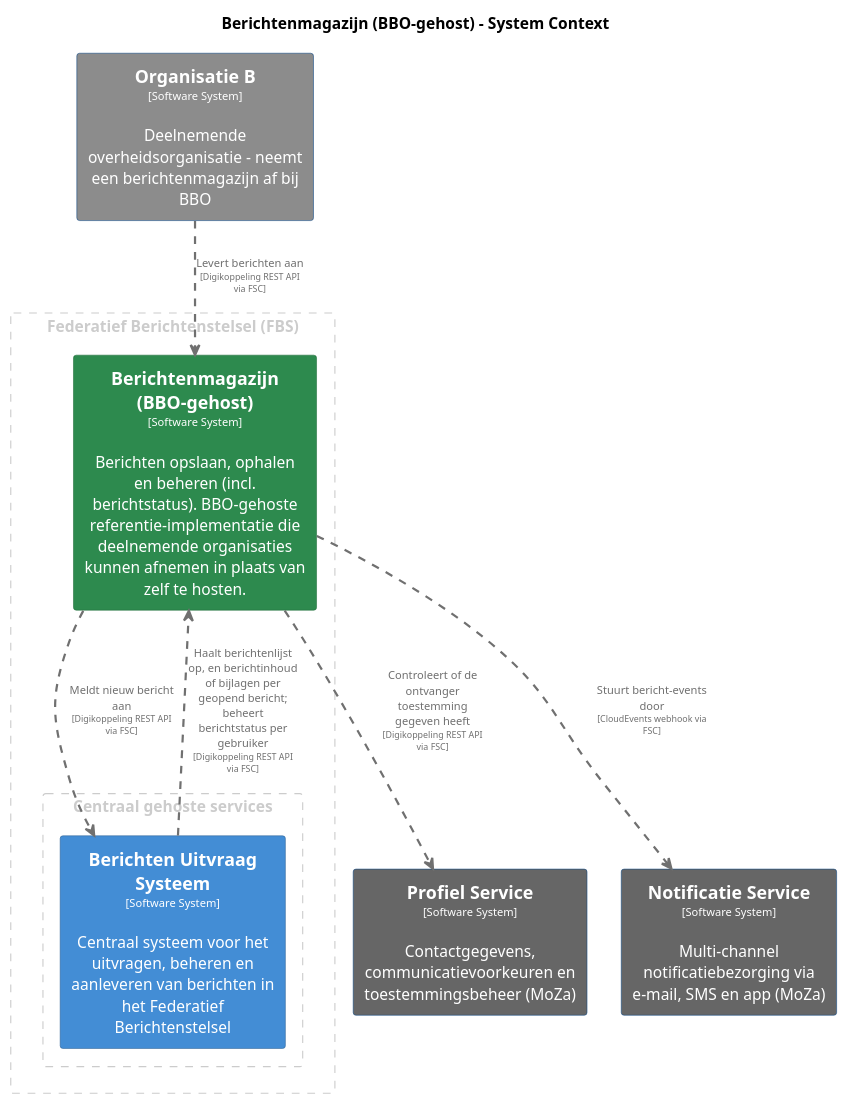
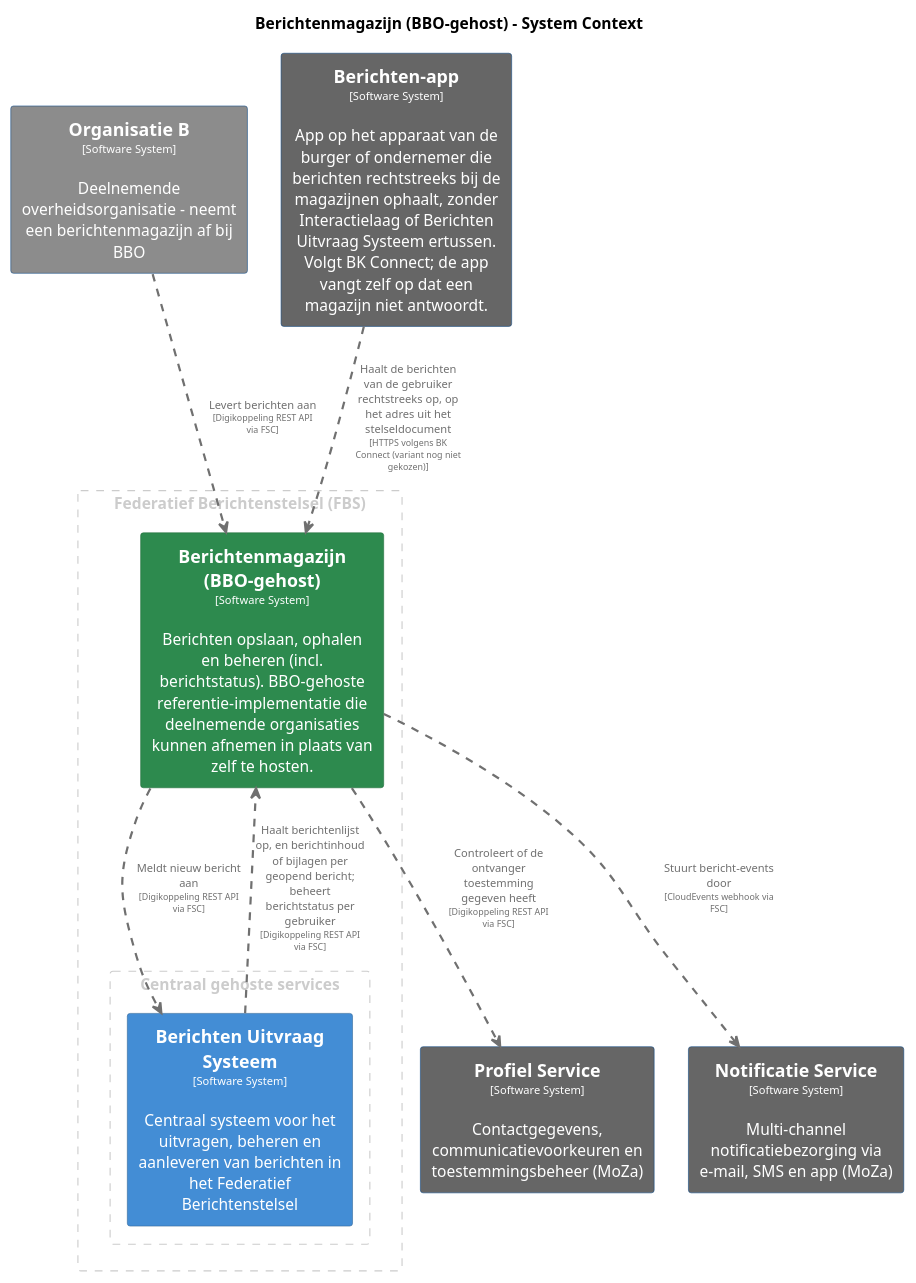
Before and after one commit to MinBZK/moza-poc-fbs-berichtenbox: the diagram in master/puml/Berichtenmagazijn.puml, drawn with PlantUML. The commit also changed 84 other files, not shown here.

```diff
--- a/master/puml/Berichtenmagazijn.puml
+++ b/master/puml/Berichtenmagazijn.puml
@@ -1,74 +1,82 @@
 @startuml
 set separator none
 title Berichtenmagazijn (BBO-gehost) - System Context
 
 top to bottom direction
 skinparam ranksep 60
 skinparam nodesep 30
 
 skinparam {
   arrowFontSize 10
   defaultTextAlignment center
   wrapWidth 200
   maxMessageSize 100
 }
 
 hide stereotype
 
 skinparam rectangle<<BerichtenUitvraagSysteem>> {
   BackgroundColor #438dd5
   FontColor #ffffff
   BorderColor #2e6295
+  shadowing false
+}
+skinparam rectangle<<Berichtenapp>> {
+  BackgroundColor #666666
+  FontColor #ffffff
+  BorderColor #0b4884
   shadowing false
 }
 skinparam rectangle<<BerichtenmagazijnBBOgehost>> {
   BackgroundColor #2d8a4e
   FontColor #ffffff
   BorderColor #1e6b38
   shadowing false
 }
 skinparam rectangle<<NotificatieService>> {
   BackgroundColor #666666
   FontColor #ffffff
   BorderColor #0b4884
   shadowing false
 }
 skinparam rectangle<<OrganisatieB>> {
   BackgroundColor #8c8c8c
   FontColor #ffffff
   BorderColor #0b4884
   shadowing false
 }
 skinparam rectangle<<ProfielService>> {
   BackgroundColor #666666
   FontColor #ffffff
   BorderColor #0b4884
   shadowing false
 }
 
 rectangle "Federatief Berichtenstelsel (FBS)" <<group1>> as group1 {
   skinparam RectangleBorderColor<<group1>> #cccccc
   skinparam RectangleFontColor<<group1>> #cccccc
   skinparam RectangleBorderStyle<<group1>> dashed
 
   rectangle "==Berichtenmagazijn (BBO-gehost)\n<size:10>[Software System]</size>\n\nBerichten opslaan, ophalen en beheren (incl. berichtstatus). BBO-gehoste referentie-implementatie die deelnemende organisaties kunnen afnemen in plaats van zelf te hosten." <<BerichtenmagazijnBBOgehost>> as BerichtenmagazijnBBOgehost
     rectangle "Centraal gehoste services" <<group2>> as group2 {
       skinparam RectangleBorderColor<<group2>> #cccccc
       skinparam RectangleFontColor<<group2>> #cccccc
       skinparam RectangleBorderStyle<<group2>> dashed
 
       rectangle "==Berichten Uitvraag Systeem\n<size:10>[Software System]</size>\n\nCentraal systeem voor het uitvragen, beheren en aanleveren van berichten in het Federatief Berichtenstelsel" <<BerichtenUitvraagSysteem>> as BerichtenUitvraagSysteem
     }
 
 }
 
 rectangle "==Organisatie B\n<size:10>[Software System]</size>\n\nDeelnemende overheidsorganisatie - neemt een berichtenmagazijn af bij BBO" <<OrganisatieB>> as OrganisatieB
 rectangle "==Profiel Service\n<size:10>[Software System]</size>\n\nContactgegevens, communicatievoorkeuren en toestemmingsbeheer (MoZa)" <<ProfielService>> as ProfielService
 rectangle "==Notificatie Service\n<size:10>[Software System]</size>\n\nMulti-channel notificatiebezorging via e-mail, SMS en app (MoZa)" <<NotificatieService>> as NotificatieService
+rectangle "==Berichten-app\n<size:10>[Software System]</size>\n\nApp op het apparaat van de burger of ondernemer die berichten rechtstreeks bij de magazijnen ophaalt, zonder Interactielaag of Berichten Uitvraag Systeem ertussen. Volgt BK Connect; de app vangt zelf op dat een magazijn niet antwoordt." <<Berichtenapp>> as Berichtenapp
 
+Berichtenapp .[#707070,thickness=2].> BerichtenmagazijnBBOgehost : "<color:#707070>Haalt de berichten van de gebruiker rechtstreeks op, op het adres uit het stelseldocument\n<color:#707070><size:8>[HTTPS volgens BK Connect (variant nog niet gekozen)]</size>"
 BerichtenUitvraagSysteem .[#707070,thickness=2].> BerichtenmagazijnBBOgehost : "<color:#707070>Haalt berichtenlijst op, en berichtinhoud of bijlagen per geopend bericht; beheert berichtstatus per gebruiker\n<color:#707070><size:8>[Digikoppeling REST API via FSC]</size>"
 BerichtenmagazijnBBOgehost .[#707070,thickness=2].> BerichtenUitvraagSysteem : "<color:#707070>Meldt nieuw bericht aan\n<color:#707070><size:8>[Digikoppeling REST API via FSC]</size>"
 BerichtenmagazijnBBOgehost .[#707070,thickness=2].> NotificatieService : "<color:#707070>Stuurt bericht-events door\n<color:#707070><size:8>[CloudEvents webhook via FSC]</size>"
 OrganisatieB .[#707070,thickness=2].> BerichtenmagazijnBBOgehost : "<color:#707070>Levert berichten aan\n<color:#707070><size:8>[Digikoppeling REST API via FSC]</size>"
 BerichtenmagazijnBBOgehost .[#707070,thickness=2].> ProfielService : "<color:#707070>Controleert of de ontvanger toestemming gegeven heeft\n<color:#707070><size:8>[Digikoppeling REST API via FSC]</size>"
 @enduml
```
